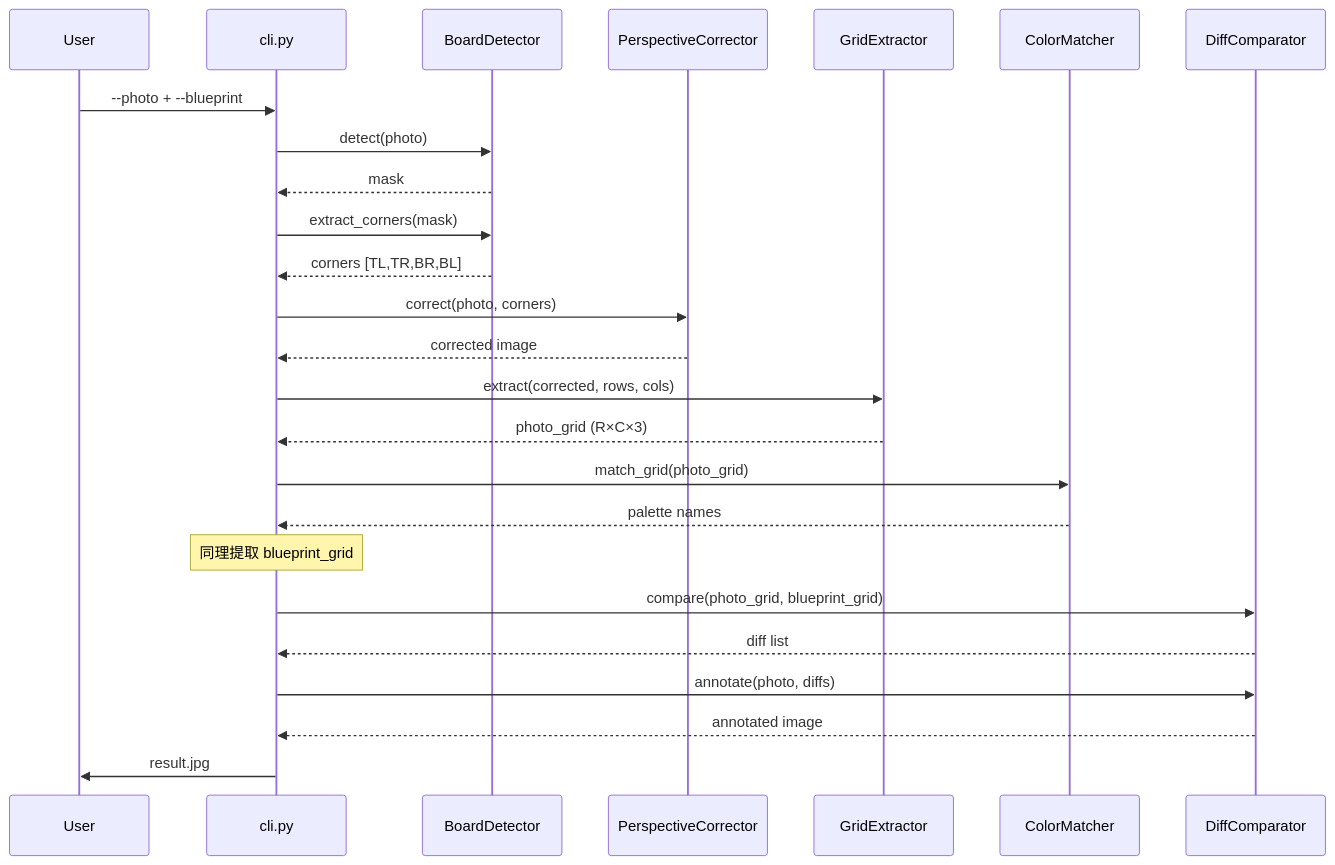
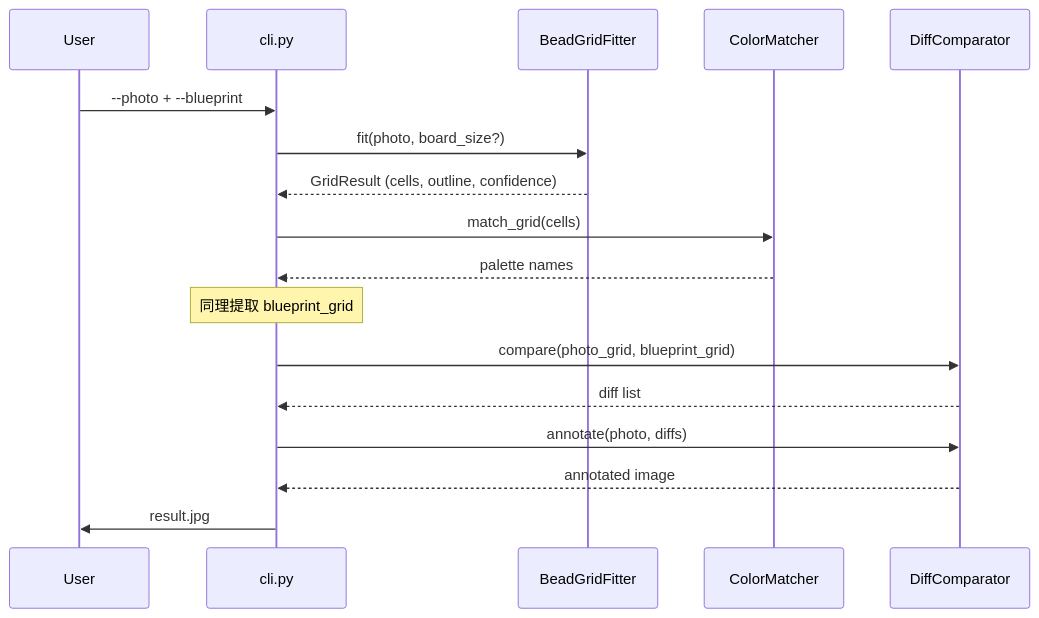
The second of 2 diagrams in docs/obs/technical/architecture.md (AnInteger/pintconut), drawn with Mermaid before and after one commit. The commit also changed other lines of this file and 7 other files, not shown here.

Commit message:
refactor: remove BoardDetector + edge_refiner, update docs

````diff
--- a/docs/obs/technical/architecture.md
+++ b/docs/obs/technical/architecture.md
@@ -121,28 +120,20 @@
 ```mermaid
 sequenceDiagram
     participant User
     participant CLI as cli.py
-    participant BD as BoardDetector
-    participant PC as PerspectiveCorrector
-    participant GE as GridExtractor
+    participant BGF as BeadGridFitter
     participant CM as ColorMatcher
     participant DC as DiffComparator
 
     User->>CLI: --photo + --blueprint
-    CLI->>BD: detect(photo)
-    BD-->>CLI: mask
-    CLI->>BD: extract_corners(mask)
-    BD-->>CLI: corners [TL,TR,BR,BL]
-    CLI->>PC: correct(photo, corners)
-    PC-->>CLI: corrected image
-    CLI->>GE: extract(corrected, rows, cols)
-    GE-->>CLI: photo_grid (R×C×3)
-    CLI->>CM: match_grid(photo_grid)
+    CLI->>BGF: fit(photo, board_size?)
+    BGF-->>CLI: GridResult (cells, outline, confidence)
+    CLI->>CM: match_grid(cells)
     CM-->>CLI: palette names
     Note over CLI: 同理提取 blueprint_grid
     CLI->>DC: compare(photo_grid, blueprint_grid)
     DC-->>CLI: diff list
     CLI->>DC: annotate(photo, diffs)
     DC-->>CLI: annotated image
     CLI->>User: result.jpg
 ```
````
